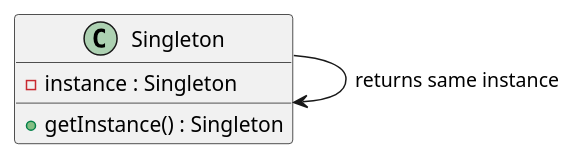
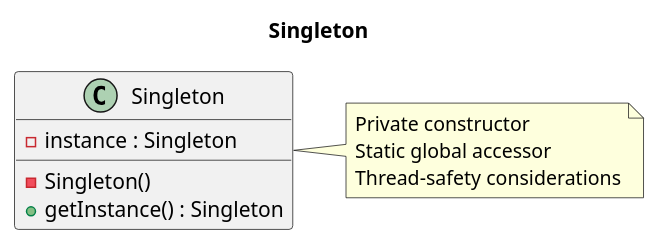
The diagram in theory/creational/singleton/class.puml (AkselErenberk/design-patterns), drawn with PlantUML before and after one commit. The commit also changed 27 other files, not shown here.

Commit message:
design pattern class diagrams

```diff
--- a/theory/creational/singleton/class.puml
+++ b/theory/creational/singleton/class.puml
@@ -1,8 +1,15 @@
 @startuml
+title Singleton
+
 class Singleton {
-    - instance : Singleton
-    + getInstance() : Singleton
+  -instance : Singleton
+  -Singleton()
+  +getInstance() : Singleton
 }
 
-Singleton --> Singleton : returns same instance
+note right of Singleton
+Private constructor
+Static global accessor
+Thread-safety considerations
+end note
 @enduml
```
